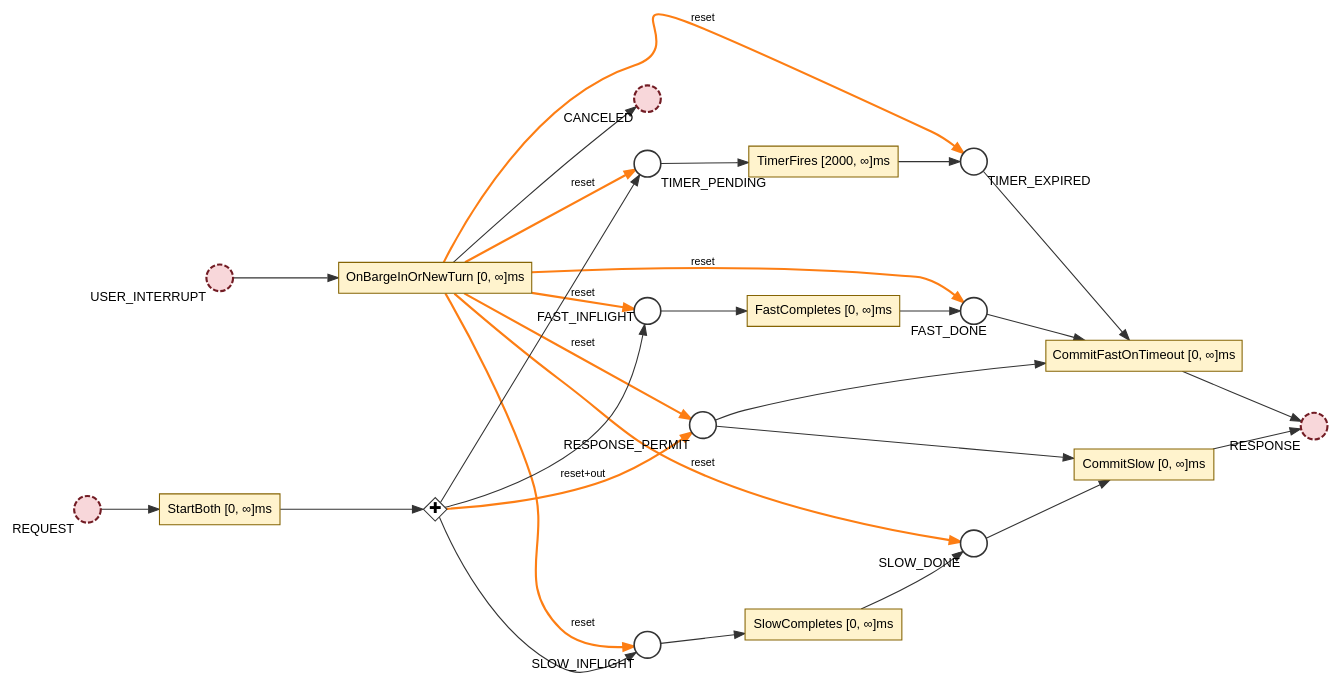
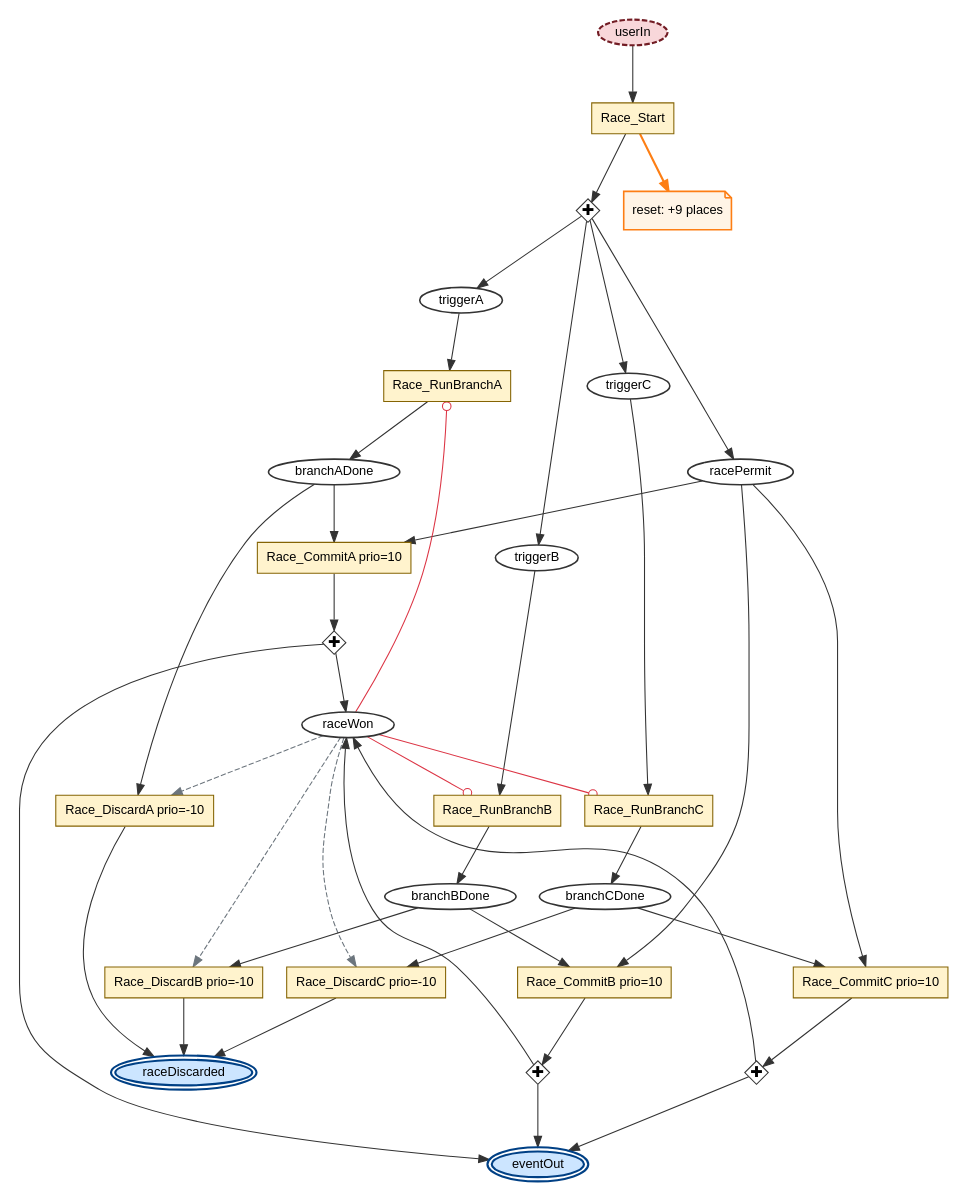
The diagram in docs/diagrams/dot/speculative-race.dot (debe/adk-libpetri), drawn with Graphviz before and after one commit. The commit also changed 203 other files, not shown here.

```diff
--- a/docs/diagrams/dot/speculative-race.dot
+++ b/docs/diagrams/dot/speculative-race.dot
@@ -1,61 +1,85 @@
-digraph SpeculativeRace {
-    rankdir=LR;
-    nodesep=0.5;
+// GENERATED by java/src/test/java/org/libpetri/adk/docs/ReadmeDiagramsTest.java
+// from PatternA_SpeculativeRaceDemoTest.buildNet(). Do not edit: rerun the test with
+// -Dreadme.diagrams.write=true, then `npm run build` in docs/diagrams.
+digraph speculative_race {
+    rankdir=TB;
+    nodesep=0.3;
     ranksep=0.75;
     forcelabels="true";
     overlap="false";
     fontname="Helvetica,Arial,sans-serif";
     outputorder="edgesfirst";
     compound="true";
+    bgcolor="white";
+    pad=0.15;
     node [fontname="Helvetica,Arial,sans-serif", fontsize=12];
-    edge [fontname="Helvetica,Arial,sans-serif", fontsize=10];
+    edge [fontname="Helvetica,Arial,sans-serif", fontsize=12];
 
-    p_REQUEST [label="", shape="circle", style="filled,dashed", fillcolor="#f8d7da", color="#721c24", penwidth=2, width=0.35, xlabel="REQUEST", fixedsize="true"];
-    p_SLOW_INFLIGHT [label="", shape="circle", style="filled", fillcolor="#FFFFFF", color="#333333", penwidth=1.5, width=0.35, xlabel="SLOW_INFLIGHT", fixedsize="true"];
-    p_FAST_INFLIGHT [label="", shape="circle", style="filled", fillcolor="#FFFFFF", color="#333333", penwidth=1.5, width=0.35, xlabel="FAST_INFLIGHT", fixedsize="true"];
-    p_TIMER_PENDING [label="", shape="circle", style="filled", fillcolor="#FFFFFF", color="#333333", penwidth=1.5, width=0.35, xlabel="TIMER_PENDING", fixedsize="true"];
-    p_RESPONSE_PERMIT [label="", shape="circle", style="filled", fillcolor="#FFFFFF", color="#333333", penwidth=1.5, width=0.35, xlabel="RESPONSE_PERMIT", fixedsize="true"];
-    p_TIMER_EXPIRED [label="", shape="circle", style="filled", fillcolor="#FFFFFF", color="#333333", penwidth=1.5, width=0.35, xlabel="TIMER_EXPIRED", fixedsize="true"];
-    p_SLOW_DONE [label="", shape="circle", style="filled", fillcolor="#FFFFFF", color="#333333", penwidth=1.5, width=0.35, xlabel="SLOW_DONE", fixedsize="true"];
-    p_FAST_DONE [label="", shape="circle", style="filled", fillcolor="#FFFFFF", color="#333333", penwidth=1.5, width=0.35, xlabel="FAST_DONE", fixedsize="true"];
-    p_RESPONSE [label="", shape="circle", style="filled,dashed", fillcolor="#f8d7da", color="#721c24", penwidth=2, width=0.35, xlabel="RESPONSE", fixedsize="true"];
-    p_USER_INTERRUPT [label="", shape="circle", style="filled,dashed", fillcolor="#f8d7da", color="#721c24", penwidth=2, width=0.35, xlabel="USER_INTERRUPT", fixedsize="true"];
-    p_CANCELED [label="", shape="circle", style="filled,dashed", fillcolor="#f8d7da", color="#721c24", penwidth=2, width=0.35, xlabel="CANCELED", fixedsize="true"];
-    t_StartBoth [label="StartBoth [0, ∞]ms", shape="box", style="filled", fillcolor="#fff3cd", color="#856404", penwidth=1, height=0.4, width=0.8];
-    t_TimerFires [label="TimerFires [2000, ∞]ms", shape="box", style="filled", fillcolor="#fff3cd", color="#856404", penwidth=1, height=0.4, width=0.8];
-    t_SlowCompletes [label="SlowCompletes [0, ∞]ms", shape="box", style="filled", fillcolor="#fff3cd", color="#856404", penwidth=1, height=0.4, width=0.8];
-    t_FastCompletes [label="FastCompletes [0, ∞]ms", shape="box", style="filled", fillcolor="#fff3cd", color="#856404", penwidth=1, height=0.4, width=0.8];
-    t_CommitSlow [label="CommitSlow [0, ∞]ms", shape="box", style="filled", fillcolor="#fff3cd", color="#856404", penwidth=1, height=0.4, width=0.8];
-    t_CommitFastOnTimeout [label="CommitFastOnTimeout [0, ∞]ms", shape="box", style="filled", fillcolor="#fff3cd", color="#856404", penwidth=1, height=0.4, width=0.8];
-    t_OnBargeInOrNewTurn [label="OnBargeInOrNewTurn [0, ∞]ms", shape="box", style="filled", fillcolor="#fff3cd", color="#856404", penwidth=1, height=0.4, width=0.8];
-    j_StartBoth__and_0 [label="✚", shape="diamond", style="filled", fillcolor="#FFFFFF", color="#333333", penwidth=1, height=0.3, width=0.3, fixedsize="true", fontsize=14];
+    p_userIn [label="userIn", shape="ellipse", style="filled,dashed", fillcolor="#f8d7da", color="#721c24", penwidth=2, height=0.3, width=0.3, fixedsize="false", margin="0.08,0.03"];
+    p_triggerA [label="triggerA", shape="ellipse", style="filled", fillcolor="#FFFFFF", color="#333333", penwidth=1.5, height=0.3, width=0.3, fixedsize="false", margin="0.08,0.03"];
+    p_triggerB [label="triggerB", shape="ellipse", style="filled", fillcolor="#FFFFFF", color="#333333", penwidth=1.5, height=0.3, width=0.3, fixedsize="false", margin="0.08,0.03"];
+    p_triggerC [label="triggerC", shape="ellipse", style="filled", fillcolor="#FFFFFF", color="#333333", penwidth=1.5, height=0.3, width=0.3, fixedsize="false", margin="0.08,0.03"];
+    p_racePermit [label="racePermit", shape="ellipse", style="filled", fillcolor="#FFFFFF", color="#333333", penwidth=1.5, height=0.3, width=0.3, fixedsize="false", margin="0.08,0.03"];
+    p_branchADone [label="branchADone", shape="ellipse", style="filled", fillcolor="#FFFFFF", color="#333333", penwidth=1.5, height=0.3, width=0.3, fixedsize="false", margin="0.08,0.03"];
+    p_raceWon [label="raceWon", shape="ellipse", style="filled", fillcolor="#FFFFFF", color="#333333", penwidth=1.5, height=0.3, width=0.3, fixedsize="false", margin="0.08,0.03"];
+    p_branchBDone [label="branchBDone", shape="ellipse", style="filled", fillcolor="#FFFFFF", color="#333333", penwidth=1.5, height=0.3, width=0.3, fixedsize="false", margin="0.08,0.03"];
+    p_branchCDone [label="branchCDone", shape="ellipse", style="filled", fillcolor="#FFFFFF", color="#333333", penwidth=1.5, height=0.3, width=0.3, fixedsize="false", margin="0.08,0.03"];
+    p_eventOut [label="eventOut", shape="ellipse", style="filled", fillcolor="#cce5ff", color="#004085", penwidth=2, height=0.3, width=0.3, fixedsize="false", margin="0.08,0.03", peripheries=2];
+    p_raceDiscarded [label="raceDiscarded", shape="ellipse", style="filled", fillcolor="#cce5ff", color="#004085", penwidth=2, height=0.3, width=0.3, fixedsize="false", margin="0.08,0.03", peripheries=2];
+    t_Race_Start [label="Race_Start", shape="box", style="filled", fillcolor="#fff3cd", color="#856404", penwidth=1, height=0.4, width=0.8];
+    t_Race_RunBranchA [label="Race_RunBranchA", shape="box", style="filled", fillcolor="#fff3cd", color="#856404", penwidth=1, height=0.4, width=0.8];
+    t_Race_RunBranchB [label="Race_RunBranchB", shape="box", style="filled", fillcolor="#fff3cd", color="#856404", penwidth=1, height=0.4, width=0.8];
+    t_Race_RunBranchC [label="Race_RunBranchC", shape="box", style="filled", fillcolor="#fff3cd", color="#856404", penwidth=1, height=0.4, width=0.8];
+    t_Race_CommitA [label="Race_CommitA prio=10", shape="box", style="filled", fillcolor="#fff3cd", color="#856404", penwidth=1, height=0.4, width=0.8];
+    t_Race_CommitB [label="Race_CommitB prio=10", shape="box", style="filled", fillcolor="#fff3cd", color="#856404", penwidth=1, height=0.4, width=0.8];
+    t_Race_CommitC [label="Race_CommitC prio=10", shape="box", style="filled", fillcolor="#fff3cd", color="#856404", penwidth=1, height=0.4, width=0.8];
+    t_Race_DiscardA [label="Race_DiscardA prio=-10", shape="box", style="filled", fillcolor="#fff3cd", color="#856404", penwidth=1, height=0.4, width=0.8];
+    t_Race_DiscardB [label="Race_DiscardB prio=-10", shape="box", style="filled", fillcolor="#fff3cd", color="#856404", penwidth=1, height=0.4, width=0.8];
+    t_Race_DiscardC [label="Race_DiscardC prio=-10", shape="box", style="filled", fillcolor="#fff3cd", color="#856404", penwidth=1, height=0.4, width=0.8];
+    j_Race_Start__and_0 [label="✚", shape="diamond", style="filled", fillcolor="#FFFFFF", color="#333333", penwidth=1, height=0.3, width=0.3, fixedsize="true", fontsize=14, ordering="out"];
+    j_Race_CommitA__and_0 [label="✚", shape="diamond", style="filled", fillcolor="#FFFFFF", color="#333333", penwidth=1, height=0.3, width=0.3, fixedsize="true", fontsize=14, ordering="out"];
+    j_Race_CommitB__and_0 [label="✚", shape="diamond", style="filled", fillcolor="#FFFFFF", color="#333333", penwidth=1, height=0.3, width=0.3, fixedsize="true", fontsize=14, ordering="out"];
+    j_Race_CommitC__and_0 [label="✚", shape="diamond", style="filled", fillcolor="#FFFFFF", color="#333333", penwidth=1, height=0.3, width=0.3, fixedsize="true", fontsize=14, ordering="out"];
+    n_Race_Start__resets [label="reset: +9 places", shape="note", style="filled", fillcolor="#fff4e6", color="#fd7e14", penwidth=1.5];
 
-    p_REQUEST -> t_StartBoth [color="#333333", style="solid", arrowhead="normal"];
-    t_StartBoth -> j_StartBoth__and_0 [color="#333333", style="solid", arrowhead="normal"];
-    j_StartBoth__and_0 -> p_SLOW_INFLIGHT [color="#333333", style="solid", arrowhead="normal"];
-    j_StartBoth__and_0 -> p_FAST_INFLIGHT [color="#333333", style="solid", arrowhead="normal"];
-    j_StartBoth__and_0 -> p_TIMER_PENDING [color="#333333", style="solid", arrowhead="normal"];
-    j_StartBoth__and_0 -> p_RESPONSE_PERMIT [color="#fd7e14", style="bold", arrowhead="normal", label="reset+out", penwidth=2];
-    p_TIMER_PENDING -> t_TimerFires [color="#333333", style="solid", arrowhead="normal"];
-    t_TimerFires -> p_TIMER_EXPIRED [color="#333333", style="solid", arrowhead="normal"];
-    p_SLOW_INFLIGHT -> t_SlowCompletes [color="#333333", style="solid", arrowhead="normal"];
-    t_SlowCompletes -> p_SLOW_DONE [color="#333333", style="solid", arrowhead="normal"];
-    p_FAST_INFLIGHT -> t_FastCompletes [color="#333333", style="solid", arrowhead="normal"];
-    t_FastCompletes -> p_FAST_DONE [color="#333333", style="solid", arrowhead="normal"];
-    p_SLOW_DONE -> t_CommitSlow [color="#333333", style="solid", arrowhead="normal"];
-    p_RESPONSE_PERMIT -> t_CommitSlow [color="#333333", style="solid", arrowhead="normal"];
-    t_CommitSlow -> p_RESPONSE [color="#333333", style="solid", arrowhead="normal"];
-    p_FAST_DONE -> t_CommitFastOnTimeout [color="#333333", style="solid", arrowhead="normal"];
-    p_TIMER_EXPIRED -> t_CommitFastOnTimeout [color="#333333", style="solid", arrowhead="normal"];
-    p_RESPONSE_PERMIT -> t_CommitFastOnTimeout [color="#333333", style="solid", arrowhead="normal"];
-    t_CommitFastOnTimeout -> p_RESPONSE [color="#333333", style="solid", arrowhead="normal"];
-    p_USER_INTERRUPT -> t_OnBargeInOrNewTurn [color="#333333", style="solid", arrowhead="normal"];
-    t_OnBargeInOrNewTurn -> p_CANCELED [color="#333333", style="solid", arrowhead="normal"];
-    t_OnBargeInOrNewTurn -> p_SLOW_INFLIGHT [color="#fd7e14", style="bold", arrowhead="normal", label="reset", penwidth=2];
-    t_OnBargeInOrNewTurn -> p_FAST_INFLIGHT [color="#fd7e14", style="bold", arrowhead="normal", label="reset", penwidth=2];
-    t_OnBargeInOrNewTurn -> p_SLOW_DONE [color="#fd7e14", style="bold", arrowhead="normal", label="reset", penwidth=2];
-    t_OnBargeInOrNewTurn -> p_FAST_DONE [color="#fd7e14", style="bold", arrowhead="normal", label="reset", penwidth=2];
-    t_OnBargeInOrNewTurn -> p_TIMER_PENDING [color="#fd7e14", style="bold", arrowhead="normal", label="reset", penwidth=2];
-    t_OnBargeInOrNewTurn -> p_TIMER_EXPIRED [color="#fd7e14", style="bold", arrowhead="normal", label="reset", penwidth=2];
-    t_OnBargeInOrNewTurn -> p_RESPONSE_PERMIT [color="#fd7e14", style="bold", arrowhead="normal", label="reset", penwidth=2];
+    p_userIn -> t_Race_Start [color="#333333", style="solid", arrowhead="normal"];
+    t_Race_Start -> j_Race_Start__and_0 [color="#333333", style="solid", arrowhead="normal"];
+    j_Race_Start__and_0 -> p_triggerA [color="#333333", style="solid", arrowhead="normal"];
+    j_Race_Start__and_0 -> p_triggerB [color="#333333", style="solid", arrowhead="normal"];
+    j_Race_Start__and_0 -> p_triggerC [color="#333333", style="solid", arrowhead="normal"];
+    j_Race_Start__and_0 -> p_racePermit [color="#333333", style="solid", arrowhead="normal"];
+    p_triggerA -> t_Race_RunBranchA [color="#333333", style="solid", arrowhead="normal"];
+    t_Race_RunBranchA -> p_branchADone [color="#333333", style="solid", arrowhead="normal"];
+    p_raceWon -> t_Race_RunBranchA [color="#dc3545", style="solid", arrowhead="odot"];
+    p_triggerB -> t_Race_RunBranchB [color="#333333", style="solid", arrowhead="normal"];
+    t_Race_RunBranchB -> p_branchBDone [color="#333333", style="solid", arrowhead="normal"];
+    p_raceWon -> t_Race_RunBranchB [color="#dc3545", style="solid", arrowhead="odot"];
+    p_triggerC -> t_Race_RunBranchC [color="#333333", style="solid", arrowhead="normal"];
+    t_Race_RunBranchC -> p_branchCDone [color="#333333", style="solid", arrowhead="normal"];
+    p_raceWon -> t_Race_RunBranchC [color="#dc3545", style="solid", arrowhead="odot"];
+    p_branchADone -> t_Race_CommitA [color="#333333", style="solid", arrowhead="normal"];
+    p_racePermit -> t_Race_CommitA [color="#333333", style="solid", arrowhead="normal"];
+    t_Race_CommitA -> j_Race_CommitA__and_0 [color="#333333", style="solid", arrowhead="normal"];
+    j_Race_CommitA__and_0 -> p_eventOut [color="#333333", style="solid", arrowhead="normal"];
+    j_Race_CommitA__and_0 -> p_raceWon [color="#333333", style="solid", arrowhead="normal"];
+    p_branchBDone -> t_Race_CommitB [color="#333333", style="solid", arrowhead="normal"];
+    p_racePermit -> t_Race_CommitB [color="#333333", style="solid", arrowhead="normal"];
+    t_Race_CommitB -> j_Race_CommitB__and_0 [color="#333333", style="solid", arrowhead="normal"];
+    j_Race_CommitB__and_0 -> p_eventOut [color="#333333", style="solid", arrowhead="normal"];
+    j_Race_CommitB__and_0 -> p_raceWon [color="#333333", style="solid", arrowhead="normal"];
+    p_branchCDone -> t_Race_CommitC [color="#333333", style="solid", arrowhead="normal"];
+    p_racePermit -> t_Race_CommitC [color="#333333", style="solid", arrowhead="normal"];
+    t_Race_CommitC -> j_Race_CommitC__and_0 [color="#333333", style="solid", arrowhead="normal"];
+    j_Race_CommitC__and_0 -> p_eventOut [color="#333333", style="solid", arrowhead="normal"];
+    j_Race_CommitC__and_0 -> p_raceWon [color="#333333", style="solid", arrowhead="normal"];
+    p_branchADone -> t_Race_DiscardA [color="#333333", style="solid", arrowhead="normal"];
+    t_Race_DiscardA -> p_raceDiscarded [color="#333333", style="solid", arrowhead="normal"];
+    p_raceWon -> t_Race_DiscardA [color="#6c757d", style="dashed", arrowhead="normal"];
+    p_branchBDone -> t_Race_DiscardB [color="#333333", style="solid", arrowhead="normal"];
+    t_Race_DiscardB -> p_raceDiscarded [color="#333333", style="solid", arrowhead="normal"];
+    p_raceWon -> t_Race_DiscardB [color="#6c757d", style="dashed", arrowhead="normal"];
+    p_branchCDone -> t_Race_DiscardC [color="#333333", style="solid", arrowhead="normal"];
+    t_Race_DiscardC -> p_raceDiscarded [color="#333333", style="solid", arrowhead="normal"];
+    p_raceWon -> t_Race_DiscardC [color="#6c757d", style="dashed", arrowhead="normal"];
+    t_Race_Start -> n_Race_Start__resets [color="#fd7e14", style="bold", arrowhead="normal", penwidth=2];
 }
```
